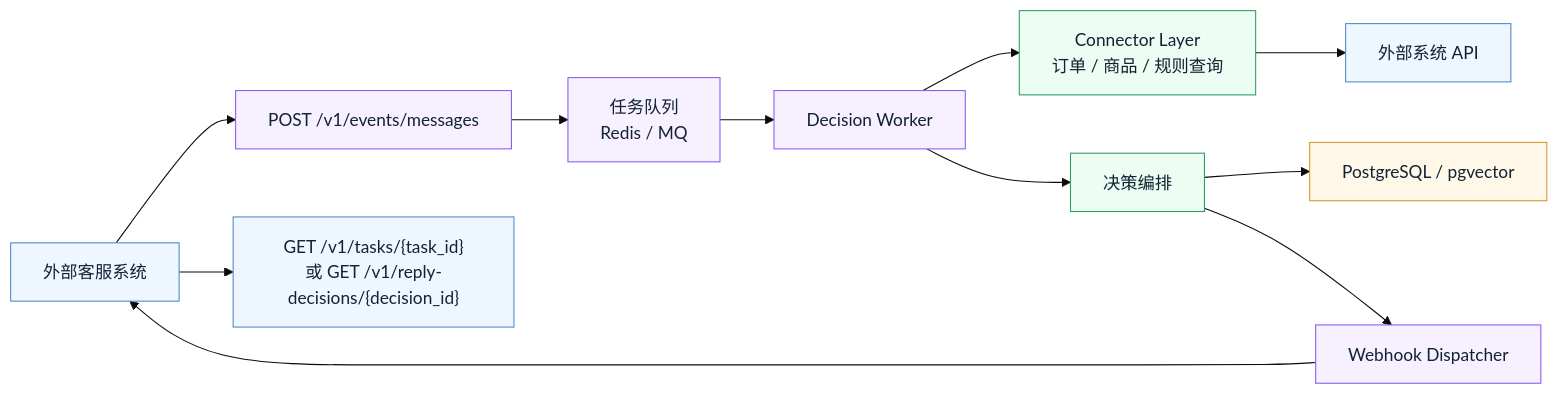
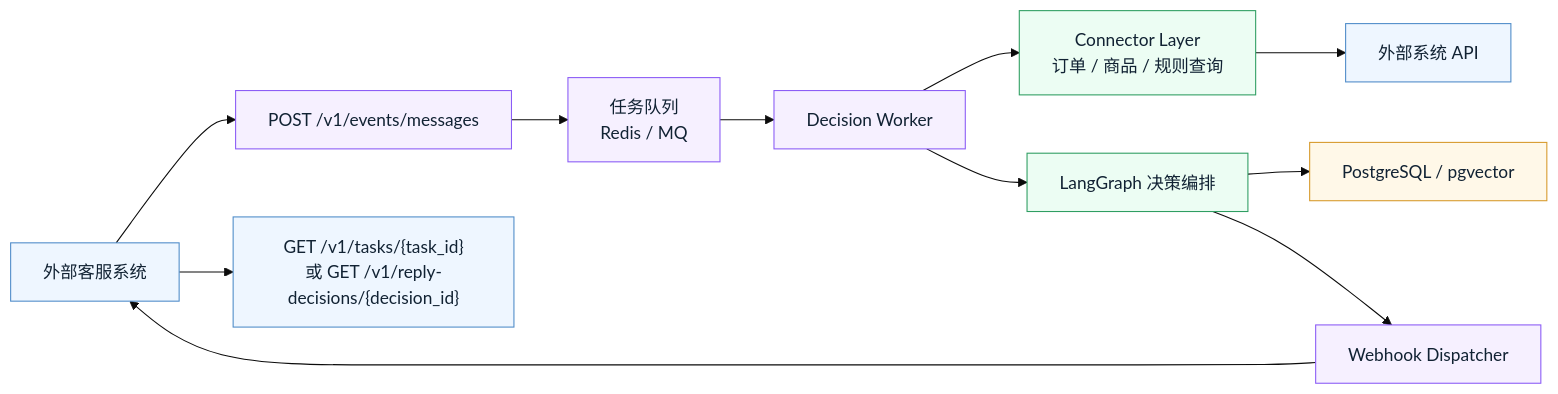
One commit to liuyenhui/ecommerce-cs-agent changed the ninth of 10 diagrams in docs/system-architecture.md. Above: the diagram before and after it, drawn with Mermaid (base theme). The commit also changed other lines of this file and 54 other files, not shown here.

````diff
--- a/docs/system-architecture.md
+++ b/docs/system-architecture.md
@@ -841,22 +920,22 @@
 ```mermaid
 flowchart LR
   ECS["外部客服系统"] --> EventAPI["POST /v1/events/messages"]
   EventAPI --> Queue["任务队列\nRedis / MQ"]
   Queue --> Worker["Decision Worker"]
   Worker --> Connector["Connector Layer\n订单 / 商品 / 规则查询"]
   Connector --> ExternalAPI["外部系统 API"]
-  Worker --> Decision["决策编排"]
+  Worker --> Decision["LangGraph 决策编排"]
   Decision --> DB["PostgreSQL / pgvector"]
   Decision --> Callback["Webhook Dispatcher"]
   Callback --> ECS
   ECS --> Poll["GET /v1/tasks/{task_id}\n或 GET /v1/reply-decisions/{decision_id}"]
 
   classDef external fill:#eef6ff,stroke:#4f8cc9,color:#123;
   classDef async fill:#f6f0ff,stroke:#8b5cf6,color:#123;
   classDef service fill:#ecfdf3,stroke:#2f9e62,color:#123;
   classDef data fill:#fff8e8,stroke:#d79a2b,color:#123;
   class ECS,ExternalAPI,Poll external;
   class EventAPI,Queue,Worker,Callback async;
   class Connector,Decision service;
   class DB data;
 ```
````
